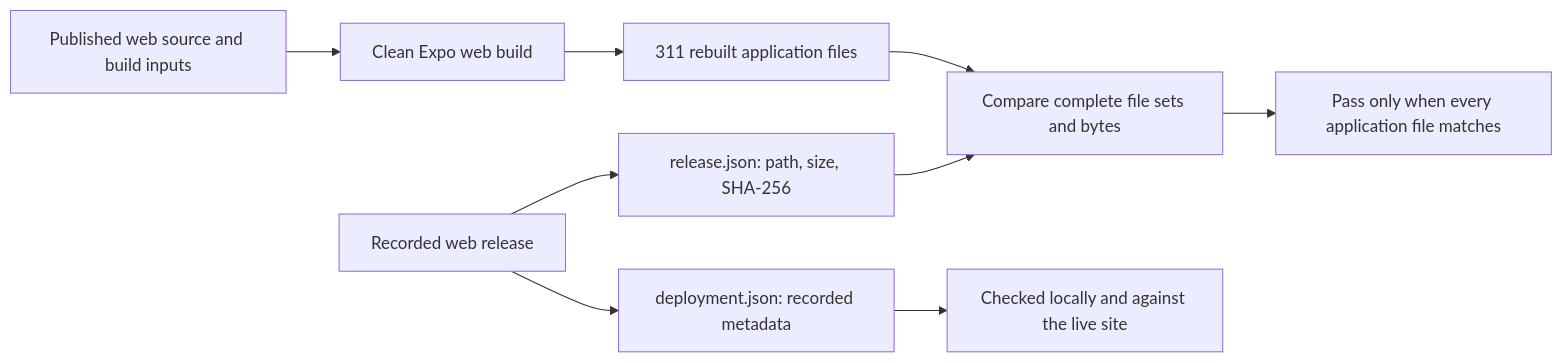
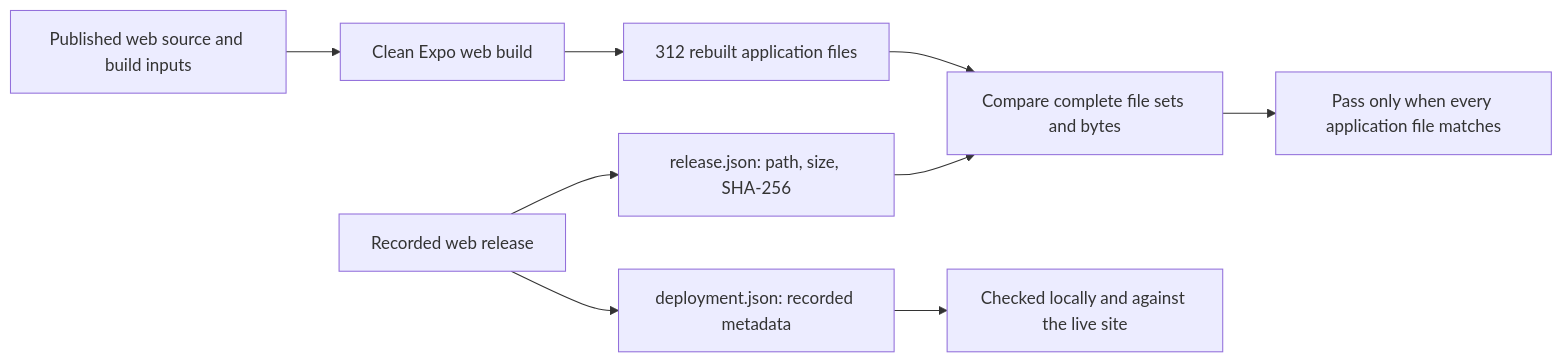
Before and after one commit to nuri-com/nuri-wallet: the first of 5 diagrams in README.md, drawn with Mermaid. The commit also changed other lines of this file and 558 other files, not shown here.

````diff
--- a/README.md
+++ b/README.md
@@ -167,11 +167,11 @@
 ```mermaid
 flowchart LR
     S["Published web source and build inputs"] --> B["Clean Expo web build"]
-    B --> R["311 rebuilt application files"]
+    B --> R["312 rebuilt application files"]
     W["Recorded web release"] --> M["release.json: path, size, SHA-256"]
     R --> C["Compare complete file sets and bytes"]
     M --> C
     W --> D["deployment.json: recorded metadata"]
     D --> L["Checked locally and against the live site"]
     C --> P["Pass only when every application file matches"]
 ```
````
